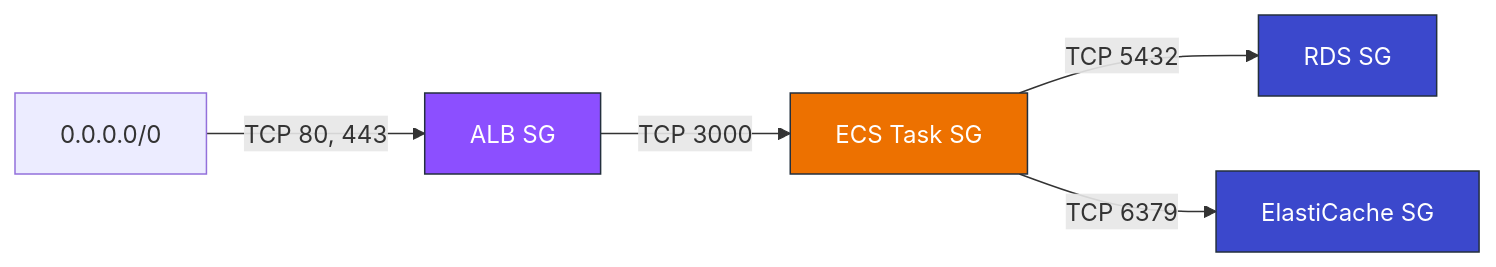
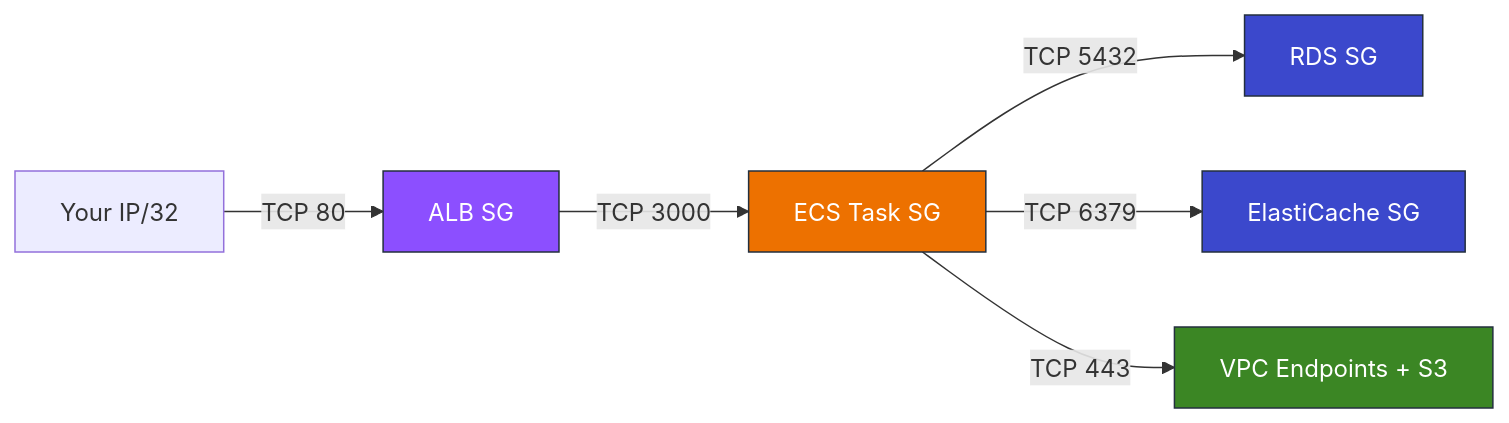
The second of 4 diagrams in README.md (Danieltlacuache/Hotel_Reservation_Proyect), drawn with Mermaid before and after one commit. The commit also changed other lines of this file and 46 other files, not shown here.

````diff
--- a/README.md
+++ b/README.md
@@ -96,12 +107,14 @@
 ```mermaid
 graph LR
-    Internet2["0.0.0.0/0"] -->|"TCP 80, 443"| ALBSG["ALB SG"]
+    YourIP["Your IP/32"] -->|"TCP 80"| ALBSG["ALB SG"]
     ALBSG -->|"TCP 3000"| ECSSG["ECS Task SG"]
     ECSSG -->|"TCP 5432"| RDSSG["RDS SG"]
     ECSSG -->|"TCP 6379"| ECSG["ElastiCache SG"]
+    ECSSG -->|"TCP 443"| VPCE["VPC Endpoints + S3"]
 
     style ALBSG fill:#8C4FFF,stroke:#232F3E,color:white
     style ECSSG fill:#ED7100,stroke:#232F3E,color:white
     style RDSSG fill:#3B48CC,stroke:#232F3E,color:white
     style ECSG fill:#3B48CC,stroke:#232F3E,color:white
+    style VPCE fill:#3B8624,stroke:#232F3E,color:white
 ```
````
